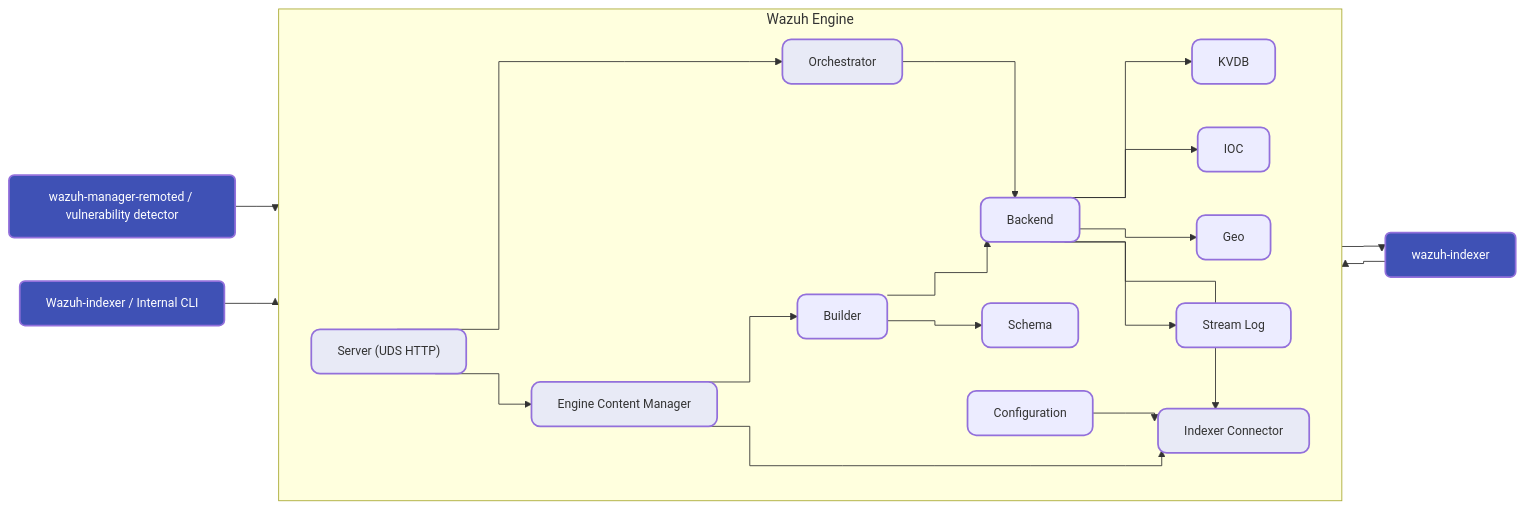
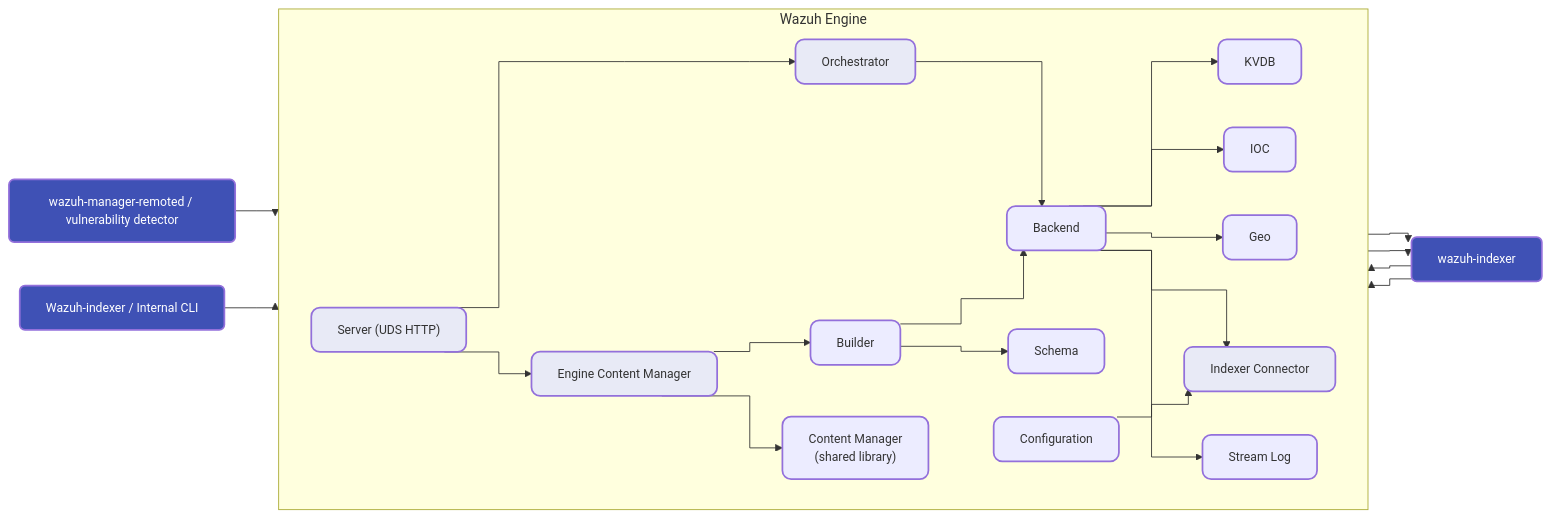
Before and after one commit to wazuh/wazuh: the first of 3 diagrams in docs/ref/modules/engine/architecture.md, drawn with Mermaid. The commit also changed other lines of this file and 172 other files, not shown here.

Commit message:
feat: unify content manager across all manager

````diff
--- a/docs/ref/modules/engine/architecture.md
+++ b/docs/ref/modules/engine/architecture.md
@@ -17,52 +17,55 @@
 ```mermaid
 ---
 config:
   flowchart:
     curve: stepAfter
 ---
 flowchart LR
 
 classDef ExternalClass font-size:14px,stroke-width:2px,fill:#3f51b5,color:#fff,rx:6,ry:6
 classDef ModuleClass font-size:14px,stroke-width:2px,rx:10,ry:10
 classDef HubClass font-size:14px,stroke-width:2px,fill:#e8eaf6,rx:10,ry:10
 
 remoted["wazuh-manager-remoted / vulnerability detector"]:::ExternalClass
 operator["Wazuh-indexer / Internal CLI"]:::ExternalClass
 indexer["wazuh-indexer"]:::ExternalClass
 
 subgraph engine["Wazuh Engine"]
   direction LR
 
   server["Server (UDS HTTP)"]:::HubClass
   orchestrator["Orchestrator"]:::HubClass
   backend["Backend"]:::ModuleClass
   builder["Builder"]:::ModuleClass
   schema["Schema"]:::ModuleClass
   cm["Engine Content Manager"]:::HubClass
   kvdb["KVDB"]:::ModuleClass
   ioc["IOC"]:::ModuleClass
   geo["Geo"]:::ModuleClass
   ic["Indexer Connector"]:::HubClass
+  cmlib["Content Manager<br/>(shared library)"]:::ModuleClass
   streamlog["Stream Log"]:::ModuleClass
   conf["Configuration"]:::ModuleClass
 
   server --> orchestrator
   server --> cm
   orchestrator --> backend
   cm --> builder
   builder --> backend
   builder --> schema
   backend --> kvdb
   backend --> ioc
   backend --> geo
   backend --> ic
   backend --> streamlog
-  cm --> ic
+  cm --> cmlib
   conf --> ic
 end
 
 remoted --> server
 operator --> server
 ic --> indexer
 indexer --> ic
+cmlib --> indexer
+indexer --> cmlib
 ```
````
